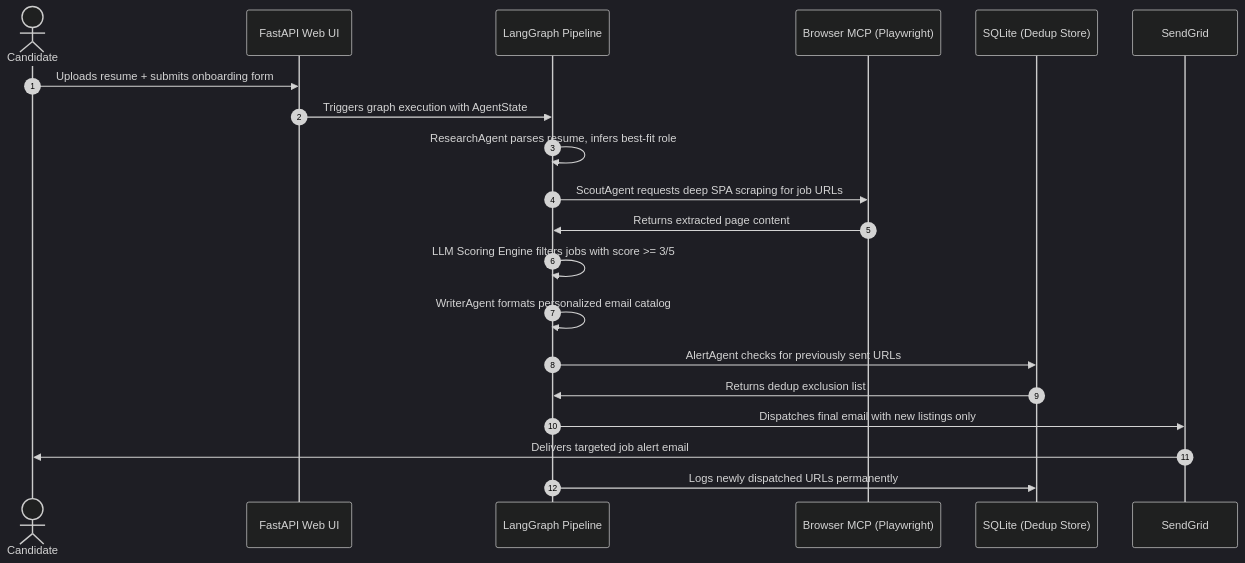
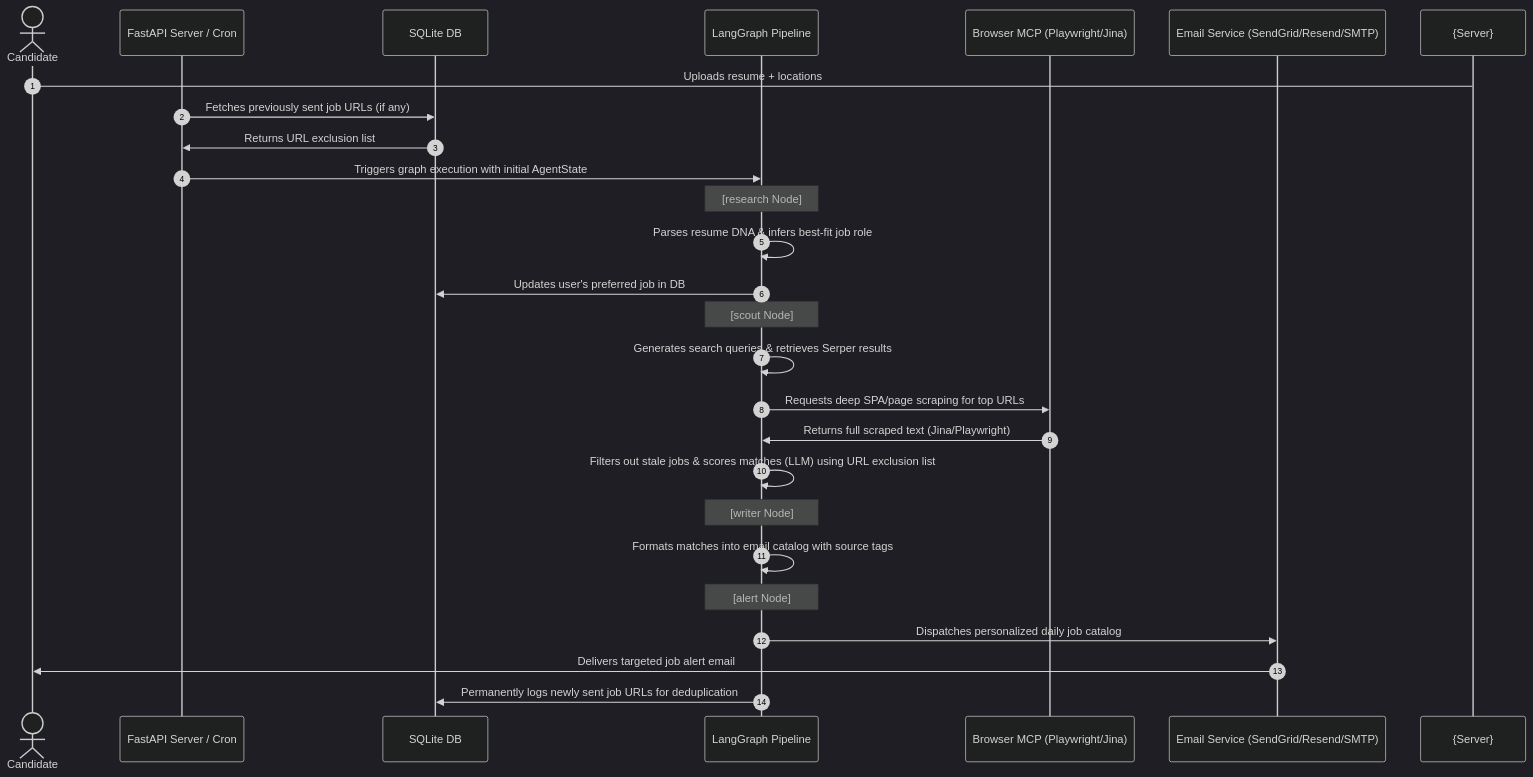
One commit to vishnup102002/Career-Pilot changed the second of 2 diagrams in README.md. Above: the diagram before and after it, drawn with Mermaid (dark theme). The commit also changed other lines of this file and 2 other files, not shown here.

````diff
--- a/README.md
+++ b/README.md
@@ -68,23 +66,33 @@
 ```mermaid
 sequenceDiagram
     autonumber
     actor User as Candidate
-    participant UI as FastAPI Web UI
+    participant Server as FastAPI Server / Cron
+    participant DB as SQLite DB
     participant LG as LangGraph Pipeline
-    participant MCP as Browser MCP (Playwright)
-    participant DB as SQLite (Dedup Store)
-    participant SG as SendGrid
+    participant MCP as Browser MCP (Playwright/Jina)
+    participant Email as Email Service (SendGrid/Resend/SMTP)
 
-    User->>UI: Uploads resume + submits onboarding form
-    UI->>LG: Triggers graph execution with AgentState
-    LG->>LG: ResearchAgent parses resume, infers best-fit role
-    LG->>MCP: ScoutAgent requests deep SPA scraping for job URLs
-    MCP->>LG: Returns extracted page content
-    LG->>LG: LLM Scoring Engine filters jobs with score >= 3/5
-    LG->>LG: WriterAgent formats personalized email catalog
-    LG->>DB: AlertAgent checks for previously sent URLs
-    DB->>LG: Returns dedup exclusion list
-    LG->>SG: Dispatches final email with new listings only
-    SG->>User: Delivers targeted job alert email
-    LG->>DB: Logs newly dispatched URLs permanently
+    User->{Server}: Uploads resume + locations
+    Server->>DB: Fetches previously sent job URLs (if any)
+    DB->>Server: Returns URL exclusion list
+    Server->>LG: Triggers graph execution with initial AgentState
+    
+    note over LG: [research Node]
+    LG->>LG: Parses resume DNA & infers best-fit job role
+    LG->>DB: Updates user's preferred job in DB
+    
+    note over LG: [scout Node]
+    LG->>LG: Generates search queries & retrieves Serper results
+    LG->>MCP: Requests deep SPA/page scraping for top URLs
+    MCP->>LG: Returns full scraped text (Jina/Playwright)
+    LG->>LG: Filters out stale jobs & scores matches (LLM) using URL exclusion list
+    
+    note over LG: [writer Node]
+    LG->>LG: Formats matches into email catalog with source tags
+    
+    note over LG: [alert Node]
+    LG->>Email: Dispatches personalized daily job catalog
+    Email->>User: Delivers targeted job alert email
+    LG->>DB: Permanently logs newly sent job URLs for deduplication
 ```
````
